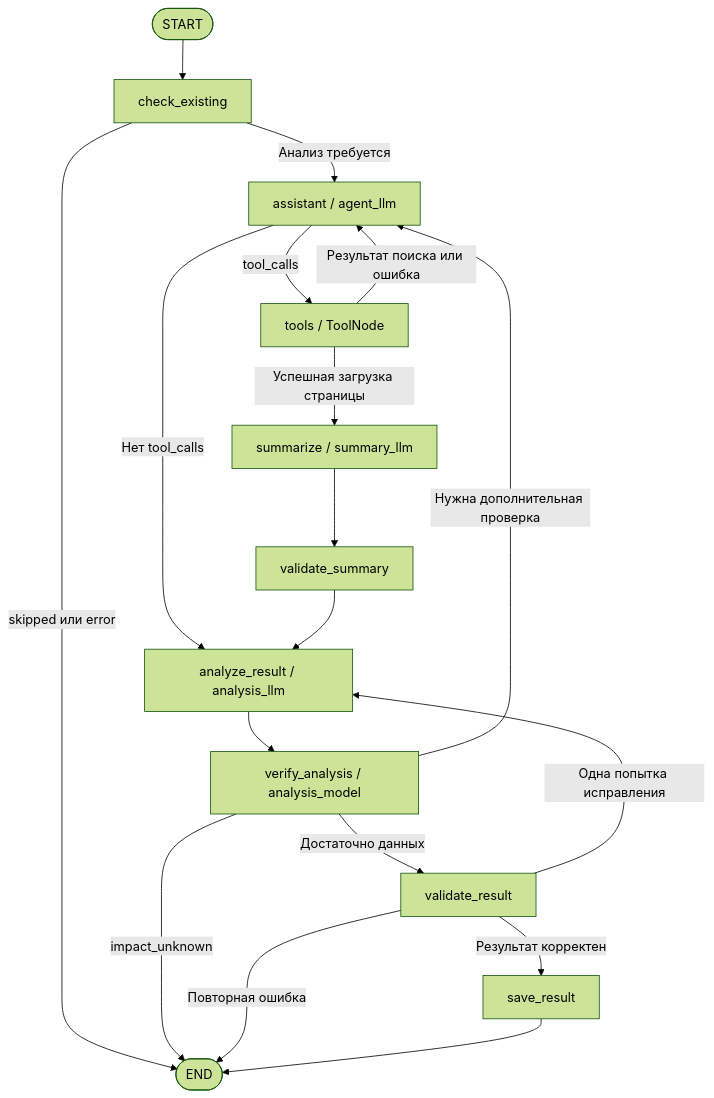
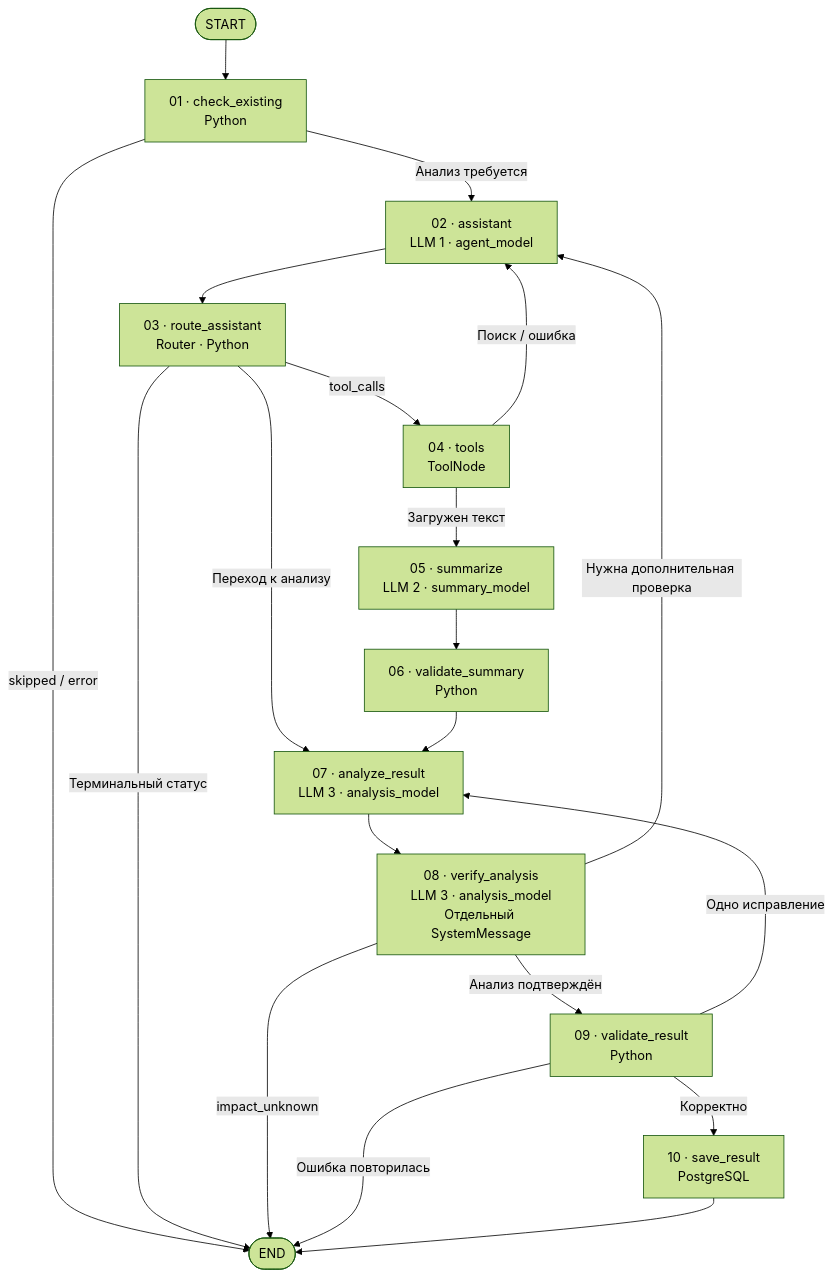
One commit to VetrovDmitry007/Codex changed the diagram in specs/issuer-news-agent-2026-11-02.md. Above: the diagram before and after it, drawn with Mermaid (forest theme). The commit also changed other lines of this file, not shown here.

Commit message:
docs: number LangGraph nodes and add explicit router after assistant with END branch

````diff
--- a/specs/issuer-news-agent-2026-11-02.md
+++ b/specs/issuer-news-agent-2026-11-02.md
@@ -61,20 +61,27 @@
 ```mermaid
 flowchart TD
-    S([START]) --> CH[check_existing]
-    CH -->|Анализ требуется| A["assistant / agent_llm"]
-    CH -->|skipped или error| E([END])
-    A -->|tool_calls| T["tools / ToolNode"]
-    A -->|Нет tool_calls| AN["analyze_result / analysis_llm"]
-    T -->|Успешная загрузка страницы| SU["summarize / summary_llm"]
-    T -->|Результат поиска или ошибка| A
-    SU --> VS[validate_summary]
-    VS --> AN
-    AN --> VA["verify_analysis / analysis_model"]
-    VA -->|Нужна дополнительная проверка| A
-    VA -->|Достаточно данных| VR[validate_result]
-    VA -->|impact_unknown| E
-    VR -->|Результат корректен| SV[save_result]
-    VR -->|Одна попытка исправления| AN
-    VR -->|Повторная ошибка| E
-    SV --> E
+    S([START]) --> N1["01 · check_existing<br/>Python"]
+    N1 -->|Анализ требуется| N2["02 · assistant<br/>LLM 1 · agent_model"]
+    N1 -->|skipped / error| E([END])
+
+    N2 --> N3["03 · route_assistant<br/>Router · Python"]
+    N3 -->|tool_calls| N4["04 · tools<br/>ToolNode"]
+    N3 -->|Переход к анализу| N7["07 · analyze_result<br/>LLM 3 · analysis_model"]
+    N3 -->|Терминальный статус| E
+
+    N4 -->|Загружен текст| N5["05 · summarize<br/>LLM 2 · summary_model"]
+    N4 -->|Поиск / ошибка| N2
+
+    N5 --> N6["06 · validate_summary<br/>Python"]
+    N6 --> N7
+
+    N7 --> N8["08 · verify_analysis<br/>LLM 3 · analysis_model<br/>Отдельный SystemMessage"]
+    N8 -->|Нужна дополнительная проверка| N2
+    N8 -->|Анализ подтверждён| N9["09 · validate_result<br/>Python"]
+    N8 -->|impact_unknown| E
+
+    N9 -->|Корректно| N10["10 · save_result<br/>PostgreSQL"]
+    N9 -->|Одно исправление| N7
+    N9 -->|Ошибка повторилась| E
+    N10 --> E
 ```
````
